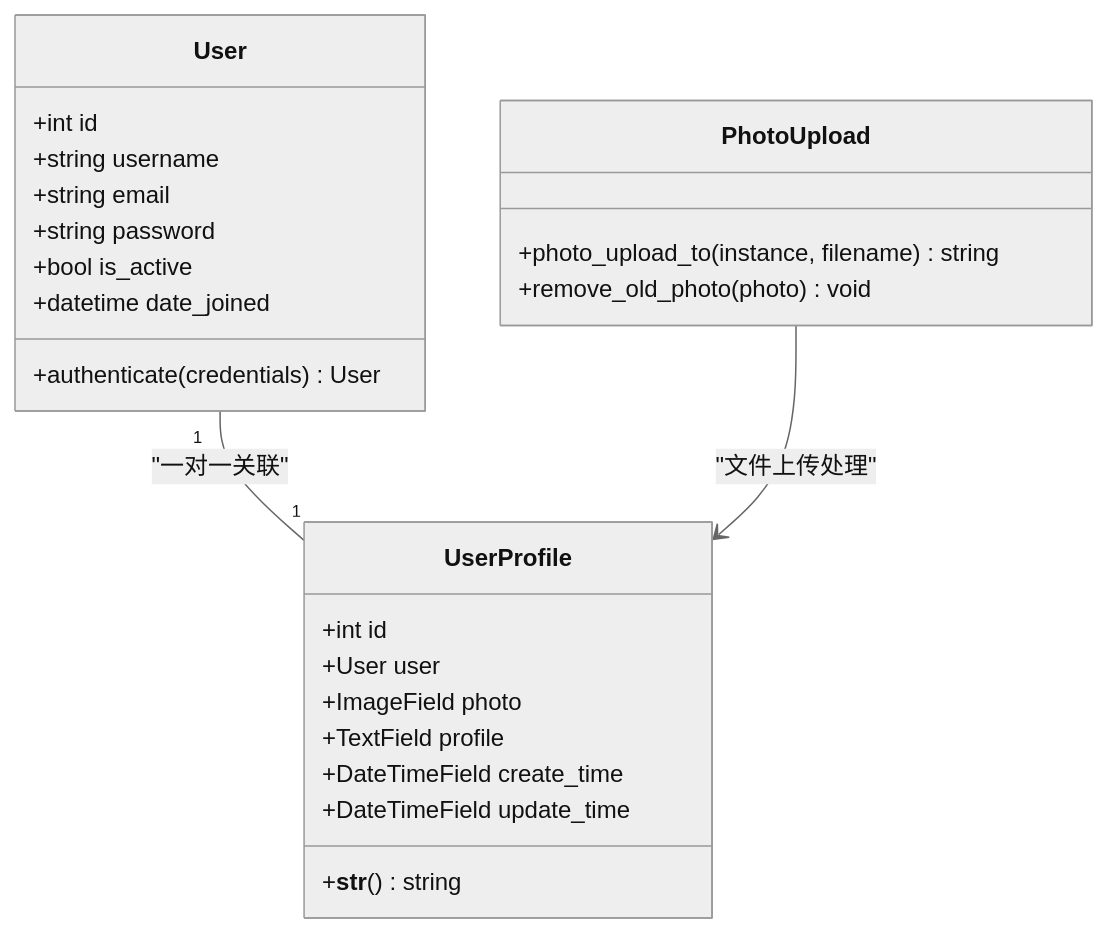
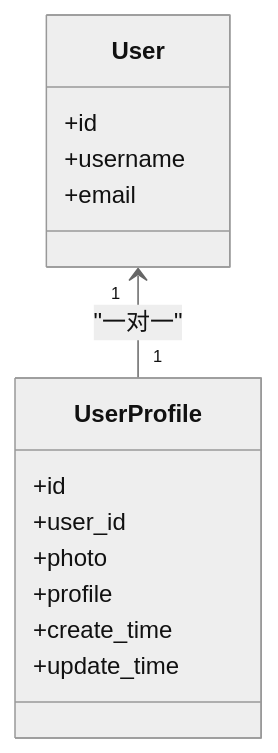
The third of 7 diagrams in .qoder/repowiki/zh/content/数据模型.md (Blaipchi/LLM_AIfriends), drawn with Mermaid (neutral theme) before and after one commit. The commit also changed other lines of this file and 89 other files, not shown here.

````diff
--- a/.qoder/repowiki/zh/content/数据模型.md
+++ b/.qoder/repowiki/zh/content/数据模型.md
@@ -76,27 +182,17 @@
 ```mermaid
 classDiagram
 class User {
-+int id
-+string username
-+string email
-+string password
-+bool is_active
-+datetime date_joined
-+authenticate(credentials) User
++id
++username
++email
 }
 class UserProfile {
-+int id
-+User user
-+ImageField photo
-+TextField profile
-+DateTimeField create_time
-+DateTimeField update_time
-+__str__() string
++id
++user_id
++photo
++profile
++create_time
++update_time
 }
-class PhotoUpload {
-+photo_upload_to(instance, filename) string
-+remove_old_photo(photo) void
-}
-User "1" -- "1" UserProfile : "一对一关联"
-PhotoUpload --> UserProfile : "文件上传处理"
+User "1" <-- "1" UserProfile : "一对一"
 ```
````
